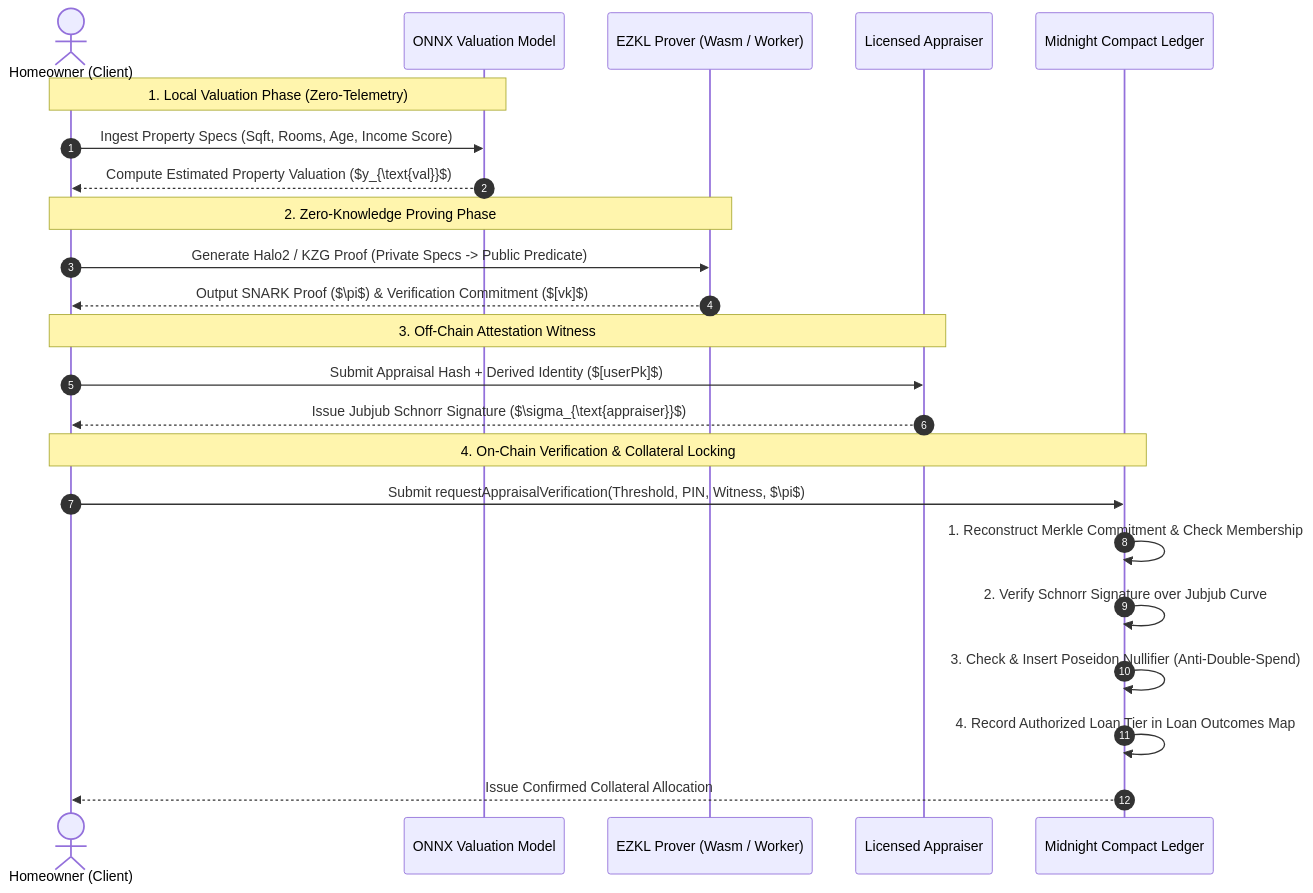
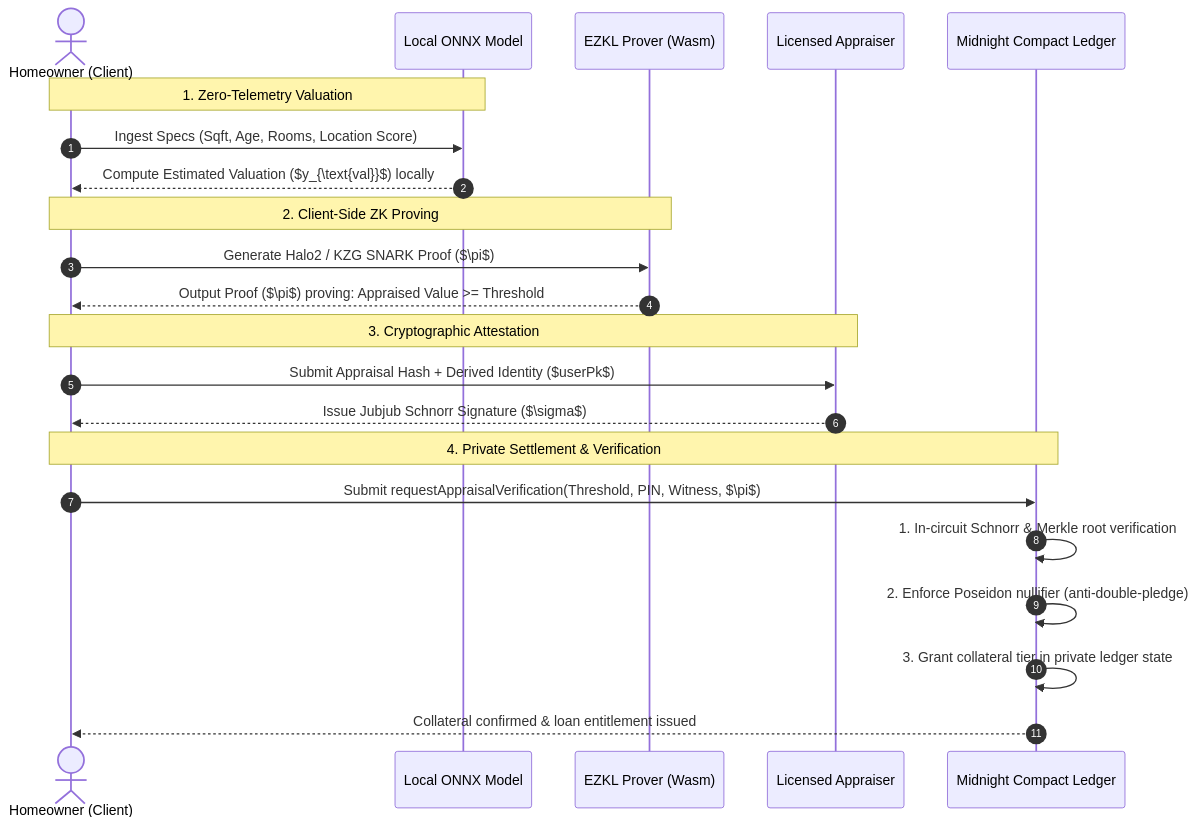
Before and after one commit to vishaltn74-dev/zk-appraise: the diagram in README.md, drawn with Mermaid. The commit also changed other lines of this file and 10 other files, not shown here.

````diff
--- a/README.md
+++ b/README.md
@@ -79,29 +45,28 @@
 ```mermaid
 sequenceDiagram
     autonumber
     actor User as Homeowner (Client)
-    participant Model as ONNX Valuation Model
-    participant Prover as EZKL Prover (Wasm / Worker)
+    participant Model as Local ONNX Model
+    participant Prover as EZKL Prover (Wasm)
     participant Oracle as Licensed Appraiser
     participant Midnight as Midnight Compact Ledger
 
-    Note over User,Model: 1. Local Valuation Phase (Zero-Telemetry)
-    User->>Model: Ingest Property Specs (Sqft, Rooms, Age, Income Score)
-    Model-->>User: Compute Estimated Property Valuation ($y_{\text{val}}$)
+    Note over User,Model: 1. Zero-Telemetry Valuation
+    User->>Model: Ingest Specs (Sqft, Age, Rooms, Location Score)
+    Model-->>User: Compute Estimated Valuation ($y_{\text{val}}$) locally
 
-    Note over User,Prover: 2. Zero-Knowledge Proving Phase
-    User->>Prover: Generate Halo2 / KZG Proof (Private Specs -> Public Predicate)
-    Prover-->>User: Output SNARK Proof ($\pi$) & Verification Commitment ($[vk]$)
+    Note over User,Prover: 2. Client-Side ZK Proving
+    User->>Prover: Generate Halo2 / KZG SNARK Proof ($\pi$)
+    Prover-->>User: Output Proof ($\pi$) proving: Appraised Value >= Threshold
 
-    Note over User,Oracle: 3. Off-Chain Attestation Witness
-    User->>Oracle: Submit Appraisal Hash + Derived Identity ($[userPk]$)
-    Oracle-->>User: Issue Jubjub Schnorr Signature ($\sigma_{\text{appraiser}}$)
+    Note over User,Oracle: 3. Cryptographic Attestation
+    User->>Oracle: Submit Appraisal Hash + Derived Identity ($userPk$)
+    Oracle-->>User: Issue Jubjub Schnorr Signature ($\sigma$)
 
-    Note over User,Midnight: 4. On-Chain Verification & Collateral Locking
+    Note over User,Midnight: 4. Private Settlement & Verification
     User->>Midnight: Submit requestAppraisalVerification(Threshold, PIN, Witness, $\pi$)
-    Midnight->>Midnight: 1. Reconstruct Merkle Commitment & Check Membership
-    Midnight->>Midnight: 2. Verify Schnorr Signature over Jubjub Curve
-    Midnight->>Midnight: 3. Check & Insert Poseidon Nullifier (Anti-Double-Spend)
-    Midnight->>Midnight: 4. Record Authorized Loan Tier in Loan Outcomes Map
-    Midnight-->>User: Issue Confirmed Collateral Allocation
+    Midnight->>Midnight: 1. In-circuit Schnorr & Merkle root verification
+    Midnight->>Midnight: 2. Enforce Poseidon nullifier (anti-double-pledge)
+    Midnight->>Midnight: 3. Grant collateral tier in private ledger state
+    Midnight-->>User: Collateral confirmed & loan entitlement issued
 ```
````
